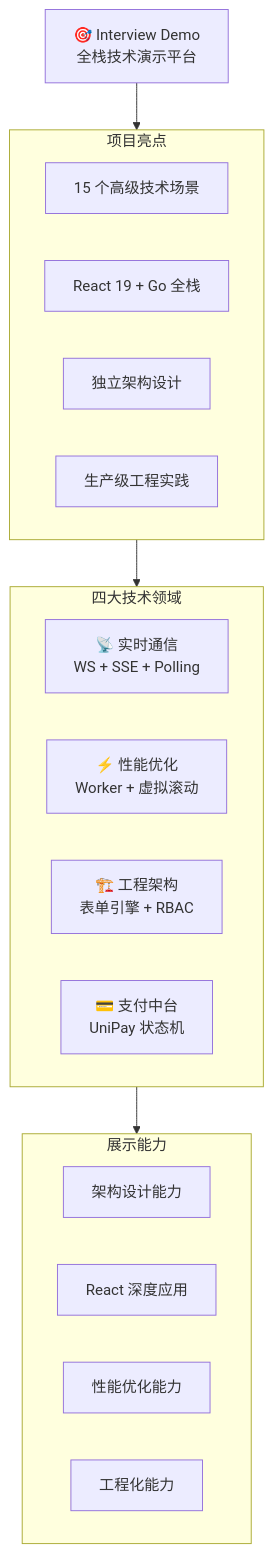
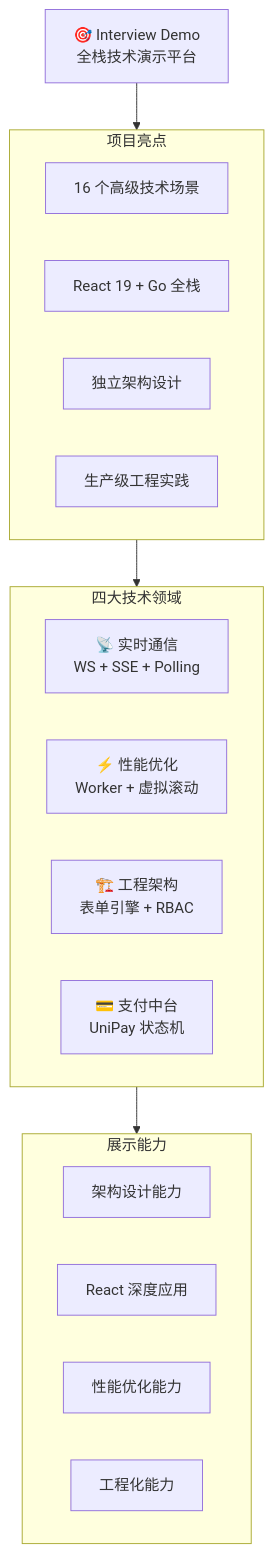
Before and after one commit to KMaybe01/interview-demo: the first of 49 diagrams in docs/S4-面试冲刺/00-面试技术亮点汇总.md, drawn with Mermaid. The commit also changed other lines of this file and 2 other files, not shown here.

````diff
--- a/docs/S4-面试冲刺/00-面试技术亮点汇总.md
+++ b/docs/S4-面试冲刺/00-面试技术亮点汇总.md
@@ -5,27 +5,27 @@
 ```mermaid
 graph TB
     Title["🎯 Interview Demo<br/>全栈技术演示平台"]
 
     subgraph Highlights["项目亮点"]
-        H1["15 个高级技术场景"]
+        H1["16 个高级技术场景"]
         H2["React 19 + Go 全栈"]
         H3["独立架构设计"]
         H4["生产级工程实践"]
     end
 
     subgraph Domains["四大技术领域"]
         D1["📡 实时通信<br/>WS + SSE + Polling"]
         D2["⚡ 性能优化<br/>Worker + 虚拟滚动"]
         D3["🏗️ 工程架构<br/>表单引擎 + RBAC"]
         D4["💳 支付中台<br/>UniPay 状态机"]
     end
 
     subgraph Skills["展示能力"]
         S1["架构设计能力"]
         S2["React 深度应用"]
         S3["性能优化能力"]
         S4["工程化能力"]
     end
 
     Title --> Highlights --> Domains --> Skills
 ```
````
